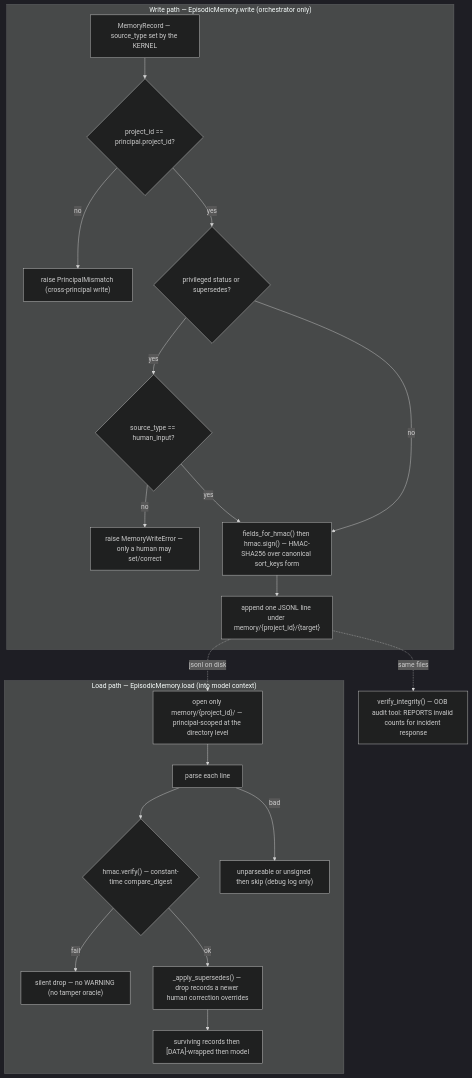
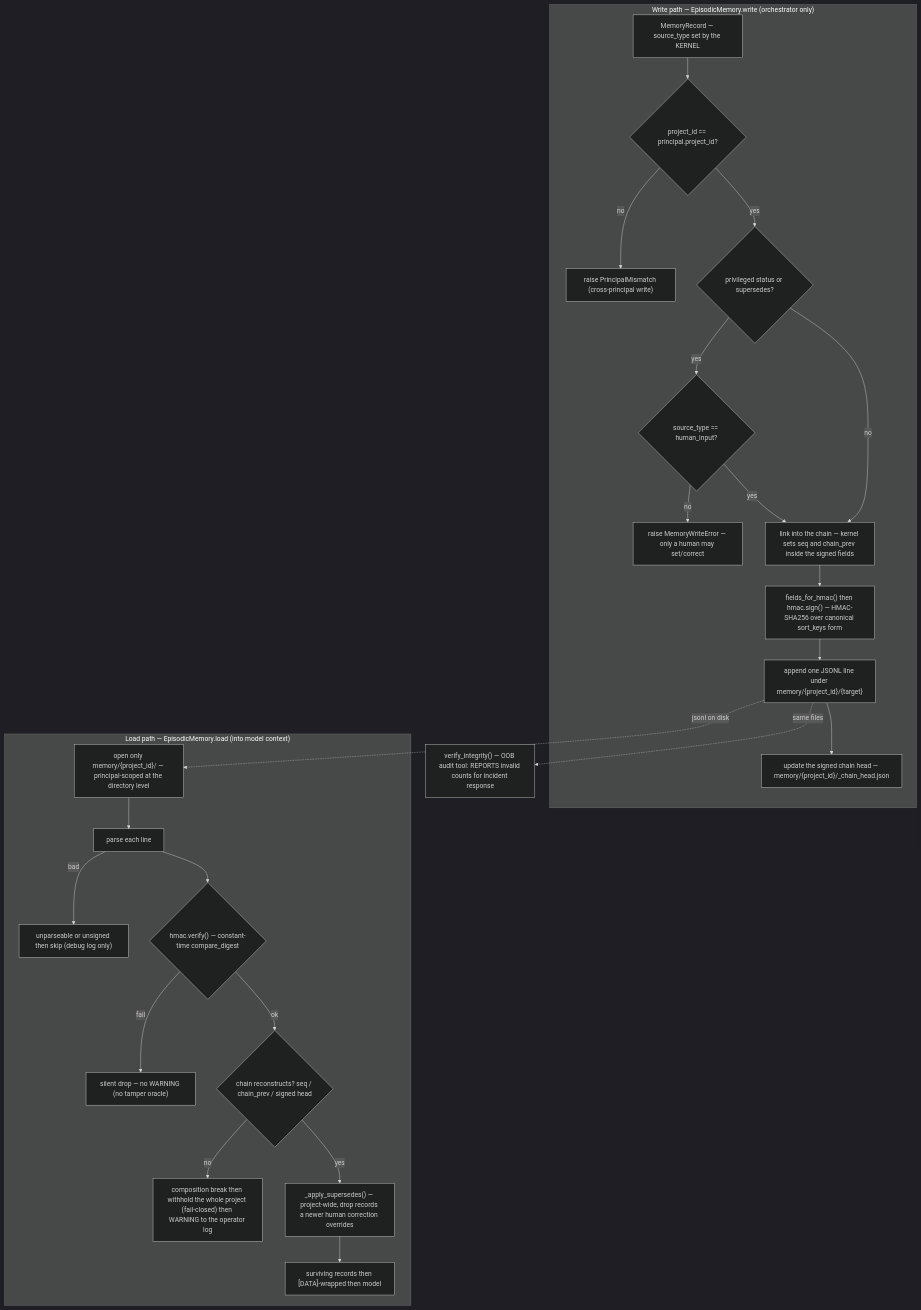
Before and after one commit to RamilRamil/secure-agent-kernel: the diagram in docs/diagrams/memory-trust-flow.md, drawn with Mermaid (dark theme). The commit also changed other lines of this file and 7 other files, not shown here.

````diff
--- a/docs/diagrams/memory-trust-flow.md
+++ b/docs/diagrams/memory-trust-flow.md
@@ -29,40 +29,47 @@
 ```mermaid
 flowchart TB
     subgraph WRITE["Write path — EpisodicMemory.write (orchestrator only)"]
         W0["MemoryRecord — source_type set by the KERNEL"]
         WP{"project_id == principal.project_id?"}
         WPX["raise PrincipalMismatch (cross-principal write)"]
         WS{"privileged status or supersedes?"}
         WSX{"source_type == human_input?"}
         WSXNO["raise MemoryWriteError — only a human may set/correct"]
+        WL["link into the chain — kernel sets seq and chain_prev inside the signed fields"]
         WH["fields_for_hmac() then hmac.sign() — HMAC-SHA256 over canonical sort_keys form"]
         WA["append one JSONL line under memory/{project_id}/{target}"]
+        WHD["update the signed chain head — memory/{project_id}/_chain_head.json"]
     end
 
     subgraph LOAD["Load path — EpisodicMemory.load (into model context)"]
         L0["open only memory/{project_id}/ — principal-scoped at the directory level"]
         LP["parse each line"]
         LPX["unparseable or unsigned then skip (debug log only)"]
         LV{"hmac.verify() — constant-time compare_digest"}
         LVX["silent drop — no WARNING (no tamper oracle)"]
-        LS["_apply_supersedes() — drop records a newer human correction overrides"]
+        LC{"chain reconstructs? seq / chain_prev / signed head"}
+        LCX["composition break then withhold the whole project (fail-closed) then WARNING to the operator log"]
+        LS["_apply_supersedes() — project-wide, drop records a newer human correction overrides"]
         LOUT["surviving records then [DATA]-wrapped then model"]
     end
 
     AUDIT["verify_integrity() — OOB audit tool: REPORTS invalid counts for incident response"]
 
     W0 --> WP
     WP -->|no| WPX
     WP -->|yes| WS
     WS -->|yes| WSX
-    WS -->|no| WH
     WSX -->|no| WSXNO
-    WSX -->|yes| WH
-    WH --> WA
+    WSX -->|yes| WL
+    WS -->|no| WL
+    WL --> WH
+    WH --> WA --> WHD
     WA -. jsonl on disk .-> L0
     L0 --> LP --> LV
     LP -->|bad| LPX
     LV -->|fail| LVX
-    LV -->|ok| LS --> LOUT
+    LV -->|ok| LC
+    LC -->|no| LCX
+    LC -->|yes| LS --> LOUT
     WA -. same files .-> AUDIT
 ```
````
